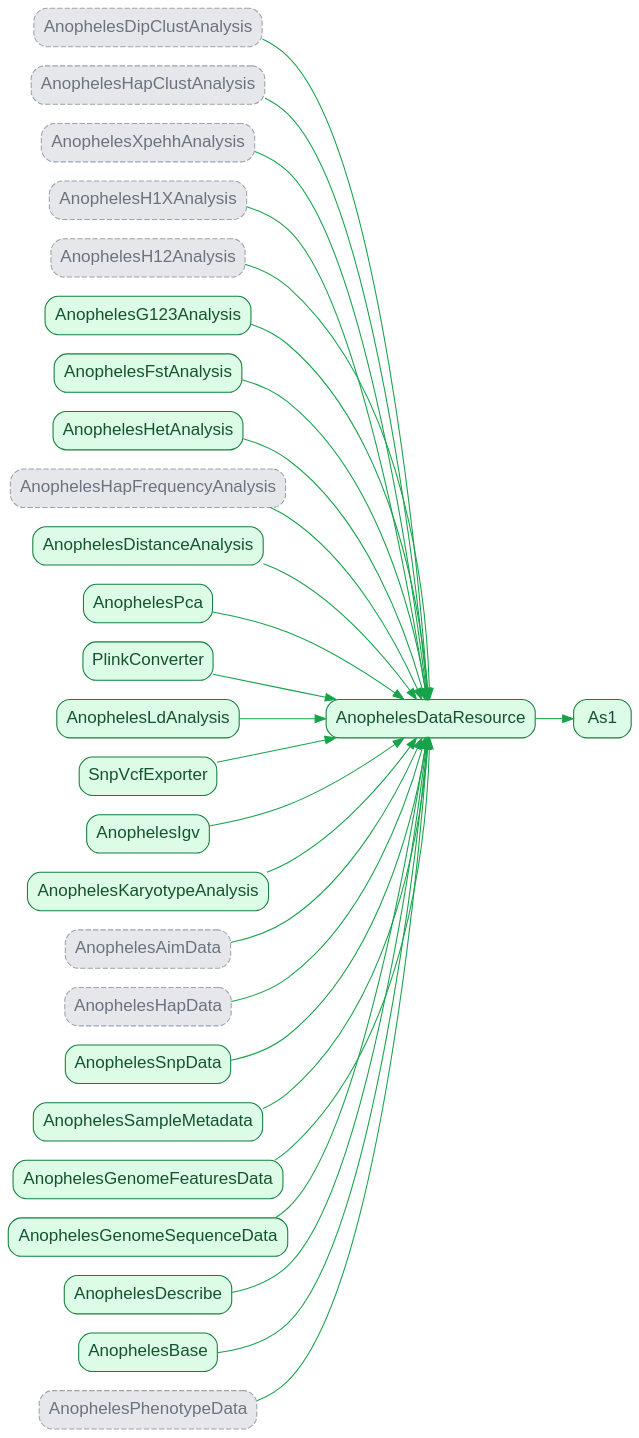
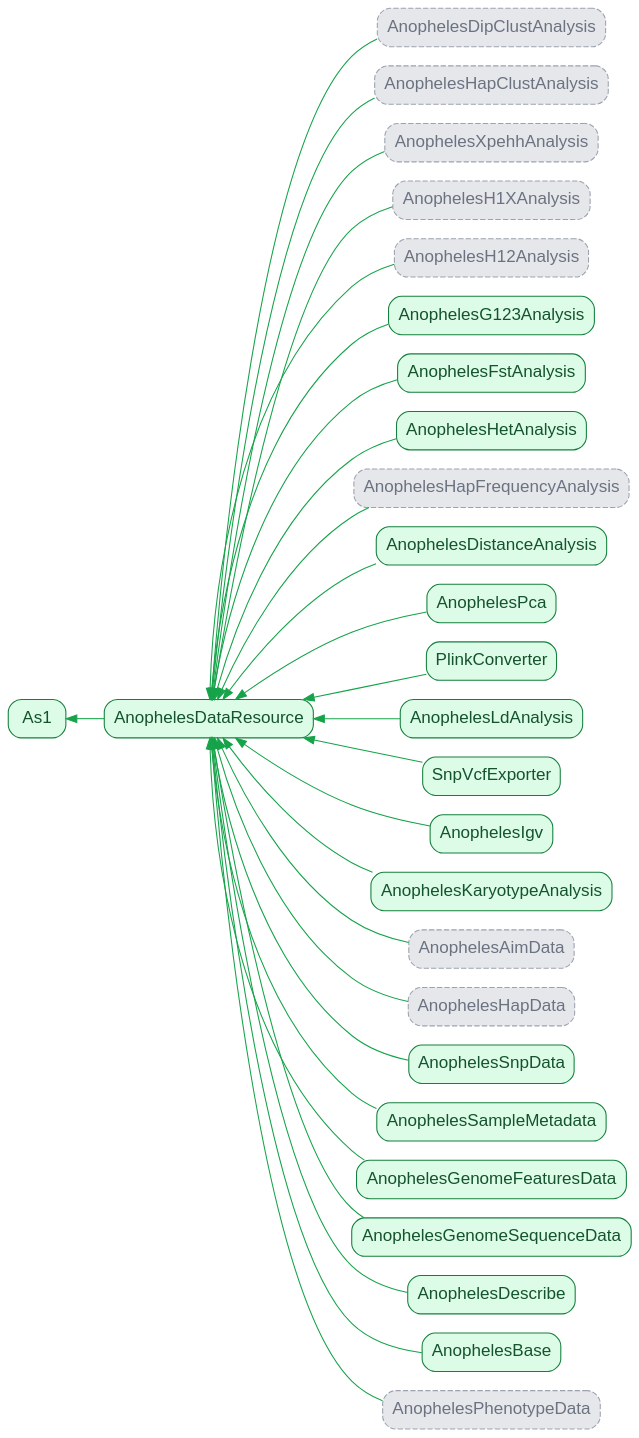
One commit to malariagen/malariagen-data-python changed the diagram in docs/source/_static/diagrams/as1_composition.dot. Above: the diagram before and after it, drawn with Graphviz. The commit also changed 10 other files, not shown here.

```diff
--- a/docs/source/_static/diagrams/as1_composition.dot
+++ b/docs/source/_static/diagrams/as1_composition.dot
@@ -1,63 +1,63 @@
 digraph inheritance {
     bgcolor="transparent";
-    rankdir=LR;
+    rankdir=RL;
     fontsize=16;
     node [fontsize=16, shape=box, fontname="Helvetica,Arial,sans-serif"];
     edge [color="#16a34a"];
 
     "As1" [style="filled,rounded", fillcolor="#dcfce7", color="#15803d", fontcolor="#14532d", tooltip="Anopheles stephensi."];
     "AnophelesDataResource" -> "As1";
 
     "AnophelesDataResource" [style="filled,rounded", fillcolor="#dcfce7", color="#15803d", fontcolor="#14532d", URL="generated/malariagen_data.anopheles.AnophelesDataResource.html#malariagen_data.anopheles.AnophelesDataResource", tooltip="Composes every analysis mixin into one API."];
 
     "AnophelesDipClustAnalysis" [style="filled,rounded,dashed", fillcolor="#e5e7eb", color="#9ca3af", fontcolor="#6b7280", URL="generated/malariagen_data.anoph.dipclust.AnophelesDipClustAnalysis.html#malariagen_data.anoph.dipclust.AnophelesDipClustAnalysis", tooltip="Inherited, but not backed by real data for As1 - Hierarchical clustering of diplotypes (combines CNV + SNP frequency data)."];
     "AnophelesDipClustAnalysis" -> "AnophelesDataResource";
     "AnophelesHapClustAnalysis" [style="filled,rounded,dashed", fillcolor="#e5e7eb", color="#9ca3af", fontcolor="#6b7280", URL="generated/malariagen_data.anoph.hapclust.AnophelesHapClustAnalysis.html#malariagen_data.anoph.hapclust.AnophelesHapClustAnalysis", tooltip="Inherited, but not backed by real data for As1 - Hierarchical clustering and sharing analysis of phased haplotypes."];
     "AnophelesHapClustAnalysis" -> "AnophelesDataResource";
     "AnophelesXpehhAnalysis" [style="filled,rounded,dashed", fillcolor="#e5e7eb", color="#9ca3af", fontcolor="#6b7280", URL="generated/malariagen_data.anoph.xpehh.AnophelesXpehhAnalysis.html#malariagen_data.anoph.xpehh.AnophelesXpehhAnalysis", tooltip="Inherited, but not backed by real data for As1 - Cross-population extended haplotype homozygosity (XP-EHH) selection scans."];
     "AnophelesXpehhAnalysis" -> "AnophelesDataResource";
     "AnophelesH1XAnalysis" [style="filled,rounded,dashed", fillcolor="#e5e7eb", color="#9ca3af", fontcolor="#6b7280", URL="generated/malariagen_data.anoph.h1x.AnophelesH1XAnalysis.html#malariagen_data.anoph.h1x.AnophelesH1XAnalysis", tooltip="Inherited, but not backed by real data for As1 - H1X genome-wide scans for differentiation between two cohorts."];
     "AnophelesH1XAnalysis" -> "AnophelesDataResource";
     "AnophelesH12Analysis" [style="filled,rounded,dashed", fillcolor="#e5e7eb", color="#9ca3af", fontcolor="#6b7280", URL="generated/malariagen_data.anoph.h12.AnophelesH12Analysis.html#malariagen_data.anoph.h12.AnophelesH12Analysis", tooltip="Inherited, but not backed by real data for As1 - H12 genome-wide selection scans and calibration."];
     "AnophelesH12Analysis" -> "AnophelesDataResource";
     "AnophelesG123Analysis" [style="filled,rounded", fillcolor="#dcfce7", color="#15803d", fontcolor="#14532d", URL="generated/malariagen_data.anoph.g123.AnophelesG123Analysis.html#malariagen_data.anoph.g123.AnophelesG123Analysis", tooltip="G123 genome-wide selection scans and calibration (unphased genotypes)."];
     "AnophelesG123Analysis" -> "AnophelesDataResource";
     "AnophelesFstAnalysis" [style="filled,rounded", fillcolor="#dcfce7", color="#15803d", fontcolor="#14532d", URL="generated/malariagen_data.anoph.fst.AnophelesFstAnalysis.html#malariagen_data.anoph.fst.AnophelesFstAnalysis", tooltip="Fst (genetic differentiation) statistics, gwss and pairwise cohort comparisons."];
     "AnophelesFstAnalysis" -> "AnophelesDataResource";
     "AnophelesHetAnalysis" [style="filled,rounded", fillcolor="#dcfce7", color="#15803d", fontcolor="#14532d", URL="generated/malariagen_data.anoph.heterozygosity.AnophelesHetAnalysis.html#malariagen_data.anoph.heterozygosity.AnophelesHetAnalysis", tooltip="Per-sample and per-cohort heterozygosity, and runs-of-homozygosity (ROH)."];
     "AnophelesHetAnalysis" -> "AnophelesDataResource";
     "AnophelesHapFrequencyAnalysis" [style="filled,rounded,dashed", fillcolor="#e5e7eb", color="#9ca3af", fontcolor="#6b7280", URL="generated/malariagen_data.anoph.hap_frq.AnophelesHapFrequencyAnalysis.html#malariagen_data.anoph.hap_frq.AnophelesHapFrequencyAnalysis", tooltip="Inherited, but not backed by real data for As1 - Haplotype frequency calculations, by cohort."];
     "AnophelesHapFrequencyAnalysis" -> "AnophelesDataResource";
     "AnophelesDistanceAnalysis" [style="filled,rounded", fillcolor="#dcfce7", color="#15803d", fontcolor="#14532d", URL="generated/malariagen_data.anoph.distance.AnophelesDistanceAnalysis.html#malariagen_data.anoph.distance.AnophelesDistanceAnalysis", tooltip="Pairwise genetic distance matrices and neighbour-joining trees."];
     "AnophelesDistanceAnalysis" -> "AnophelesDataResource";
     "AnophelesPca" [style="filled,rounded", fillcolor="#dcfce7", color="#15803d", fontcolor="#14532d", URL="generated/malariagen_data.anoph.pca.AnophelesPca.html#malariagen_data.anoph.pca.AnophelesPca", tooltip="Principal components analysis of biallelic SNPs."];
     "AnophelesPca" -> "AnophelesDataResource";
     "PlinkConverter" [style="filled,rounded", fillcolor="#dcfce7", color="#15803d", fontcolor="#14532d", URL="generated/malariagen_data.anoph.to_plink.PlinkConverter.html#malariagen_data.anoph.to_plink.PlinkConverter", tooltip="Export biallelic SNP calls to PLINK format."];
     "PlinkConverter" -> "AnophelesDataResource";
     "AnophelesLdAnalysis" [style="filled,rounded", fillcolor="#dcfce7", color="#15803d", fontcolor="#14532d", URL="generated/malariagen_data.anoph.ld.AnophelesLdAnalysis.html#malariagen_data.anoph.ld.AnophelesLdAnalysis", tooltip="Linkage-disequilibrium pruning of biallelic SNP calls."];
     "AnophelesLdAnalysis" -> "AnophelesDataResource";
     "SnpVcfExporter" [style="filled,rounded", fillcolor="#dcfce7", color="#15803d", fontcolor="#14532d", URL="generated/malariagen_data.anoph.to_vcf.SnpVcfExporter.html#malariagen_data.anoph.to_vcf.SnpVcfExporter", tooltip="Export SNP calls to VCF format."];
     "SnpVcfExporter" -> "AnophelesDataResource";
     "AnophelesIgv" [style="filled,rounded", fillcolor="#dcfce7", color="#15803d", fontcolor="#14532d", URL="generated/malariagen_data.anoph.igv.AnophelesIgv.html#malariagen_data.anoph.igv.AnophelesIgv", tooltip="Embed an IGV.js genome browser / view read alignments."];
     "AnophelesIgv" -> "AnophelesDataResource";
     "AnophelesKaryotypeAnalysis" [style="filled,rounded", fillcolor="#dcfce7", color="#15803d", fontcolor="#14532d", URL="generated/malariagen_data.anoph.karyotype.AnophelesKaryotypeAnalysis.html#malariagen_data.anoph.karyotype.AnophelesKaryotypeAnalysis", tooltip="Chromosomal inversion karyotyping from tag SNPs."];
     "AnophelesKaryotypeAnalysis" -> "AnophelesDataResource";
     "AnophelesAimData" [style="filled,rounded,dashed", fillcolor="#e5e7eb", color="#9ca3af", fontcolor="#6b7280", URL="generated/malariagen_data.anoph.aim_data.AnophelesAimData.html#malariagen_data.anoph.aim_data.AnophelesAimData", tooltip="Inherited, but not backed by real data for As1 - Ancestry-informative marker (AIM) variant and species-call access."];
     "AnophelesAimData" -> "AnophelesDataResource";
     "AnophelesHapData" [style="filled,rounded,dashed", fillcolor="#e5e7eb", color="#9ca3af", fontcolor="#6b7280", URL="generated/malariagen_data.anoph.hap_data.AnophelesHapData.html#malariagen_data.anoph.hap_data.AnophelesHapData", tooltip="Inherited, but not backed by real data for As1 - Access to phased haplotype reference panel data."];
     "AnophelesHapData" -> "AnophelesDataResource";
     "AnophelesSnpData" [style="filled,rounded", fillcolor="#dcfce7", color="#15803d", fontcolor="#14532d", URL="generated/malariagen_data.anoph.snp_data.AnophelesSnpData.html#malariagen_data.anoph.snp_data.AnophelesSnpData", tooltip="Core SNP genotype, site filter and site annotation data access."];
     "AnophelesSnpData" -> "AnophelesDataResource";
     "AnophelesSampleMetadata" [style="filled,rounded", fillcolor="#dcfce7", color="#15803d", fontcolor="#14532d", URL="generated/malariagen_data.anoph.sample_metadata.AnophelesSampleMetadata.html#malariagen_data.anoph.sample_metadata.AnophelesSampleMetadata", tooltip="Sample and cohort metadata access."];
     "AnophelesSampleMetadata" -> "AnophelesDataResource";
     "AnophelesGenomeFeaturesData" [style="filled,rounded", fillcolor="#dcfce7", color="#15803d", fontcolor="#14532d", URL="generated/malariagen_data.anoph.genome_features.AnophelesGenomeFeaturesData.html#malariagen_data.anoph.genome_features.AnophelesGenomeFeaturesData", tooltip="GFF3 genome feature annotation access (genes, transcripts, exons)."];
     "AnophelesGenomeFeaturesData" -> "AnophelesDataResource";
     "AnophelesGenomeSequenceData" [style="filled,rounded", fillcolor="#dcfce7", color="#15803d", fontcolor="#14532d", URL="generated/malariagen_data.anoph.genome_sequence.AnophelesGenomeSequenceData.html#malariagen_data.anoph.genome_sequence.AnophelesGenomeSequenceData", tooltip="Reference genome sequence access."];
     "AnophelesGenomeSequenceData" -> "AnophelesDataResource";
     "AnophelesDescribe" [style="filled,rounded", fillcolor="#dcfce7", color="#15803d", fontcolor="#14532d", URL="generated/malariagen_data.anoph.describe.AnophelesDescribe.html#malariagen_data.anoph.describe.AnophelesDescribe", tooltip="API introspection and discovery (describe_api)."];
     "AnophelesDescribe" -> "AnophelesDataResource";
     "AnophelesBase" [style="filled,rounded", fillcolor="#dcfce7", color="#15803d", fontcolor="#14532d", URL="generated/malariagen_data.anoph.base.AnophelesBase.html#malariagen_data.anoph.base.AnophelesBase", tooltip="Foundational config, release and file-access plumbing shared by everything."];
     "AnophelesBase" -> "AnophelesDataResource";
     "AnophelesPhenotypeData" [style="filled,rounded,dashed", fillcolor="#e5e7eb", color="#9ca3af", fontcolor="#6b7280", URL="generated/malariagen_data.anoph.phenotypes.AnophelesPhenotypeData.html#malariagen_data.anoph.phenotypes.AnophelesPhenotypeData", tooltip="Inherited, but not backed by real data for As1 - Insecticide resistance phenotype data access."];
     "AnophelesPhenotypeData" -> "AnophelesDataResource";
 }
```
